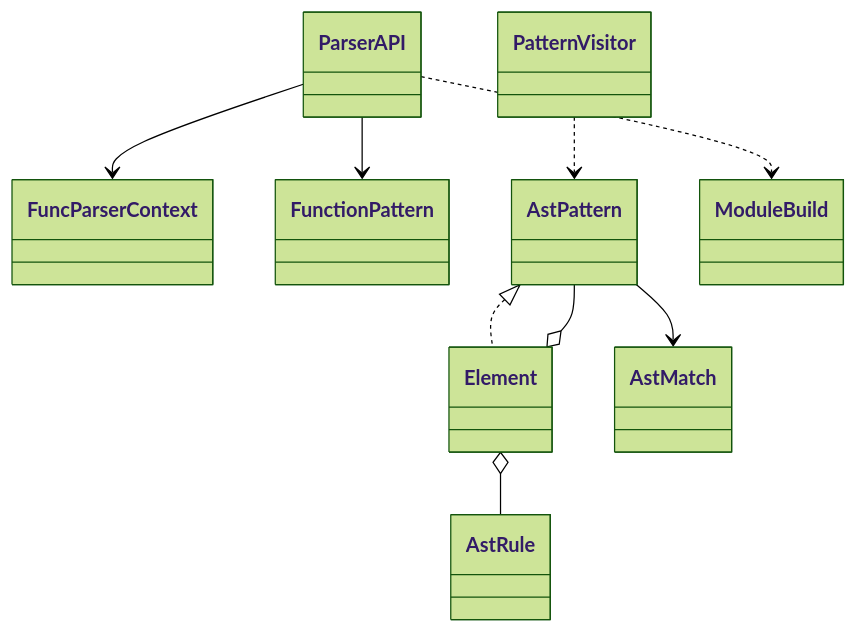
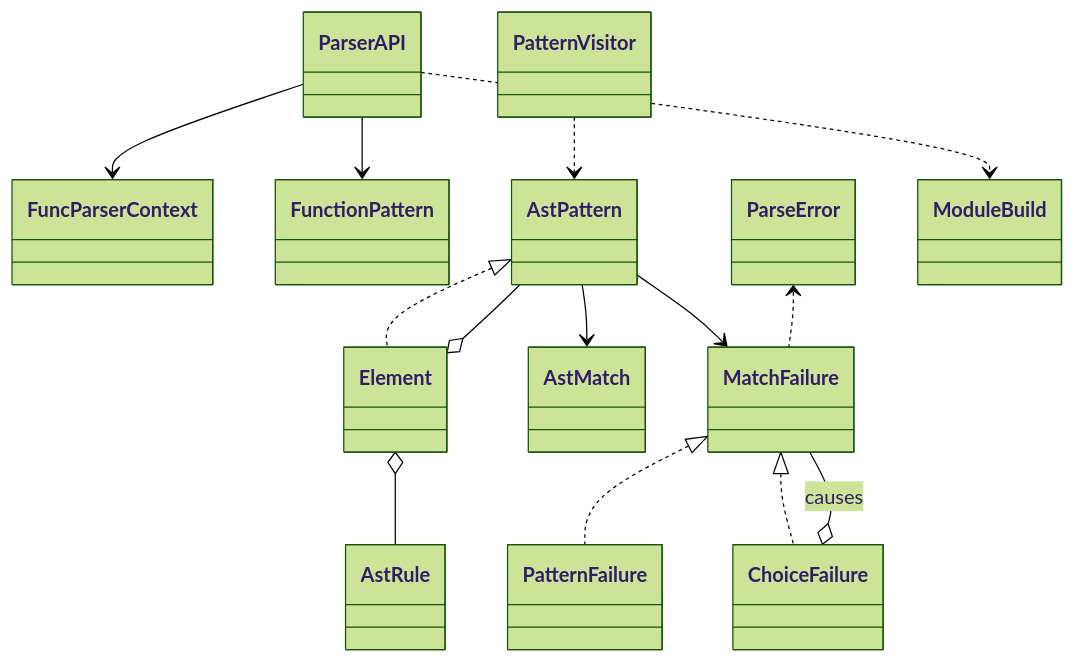
The first of 3 diagrams in docs/spec/parser.md (tile-ai/TileFoundry), drawn with Mermaid (forest theme) before and after one commit. The commit also changed other lines of this file and 3 other files, not shown here.

````diff
--- a/docs/spec/parser.md
+++ b/docs/spec/parser.md
@@ -230,11 +231,16 @@
 ```mermaid
 classDiagram
     ParserAPI --> FuncParserContext
     ParserAPI --> FunctionPattern
     AstPattern <|.. Element
     Element o-- AstPattern
     Element o-- AstRule
     AstPattern --> AstMatch
+    AstPattern --> MatchFailure
+    MatchFailure <|.. PatternFailure
+    MatchFailure <|.. ChoiceFailure
+    ChoiceFailure o-- MatchFailure : causes
+    ParseError <.. MatchFailure
     PatternVisitor ..> AstPattern
     ParserAPI ..> ModuleBuild
 ```
````
